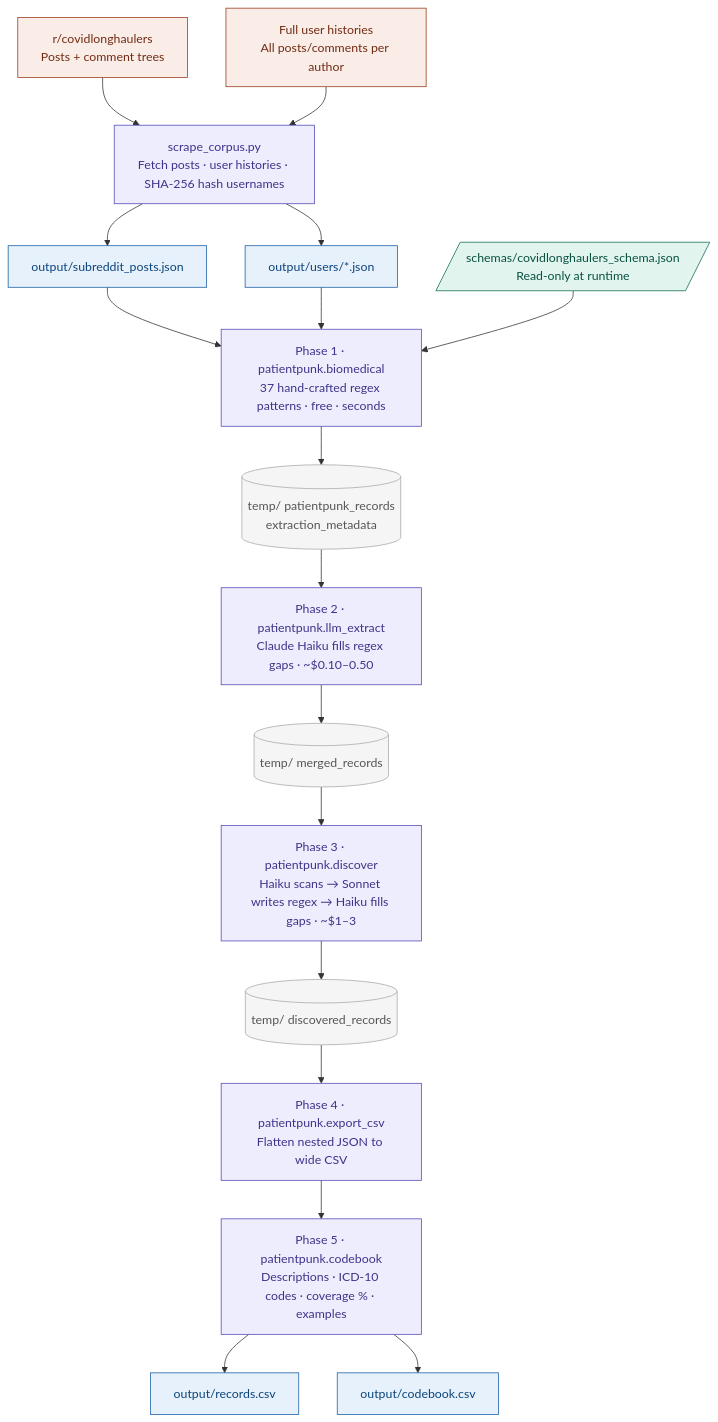
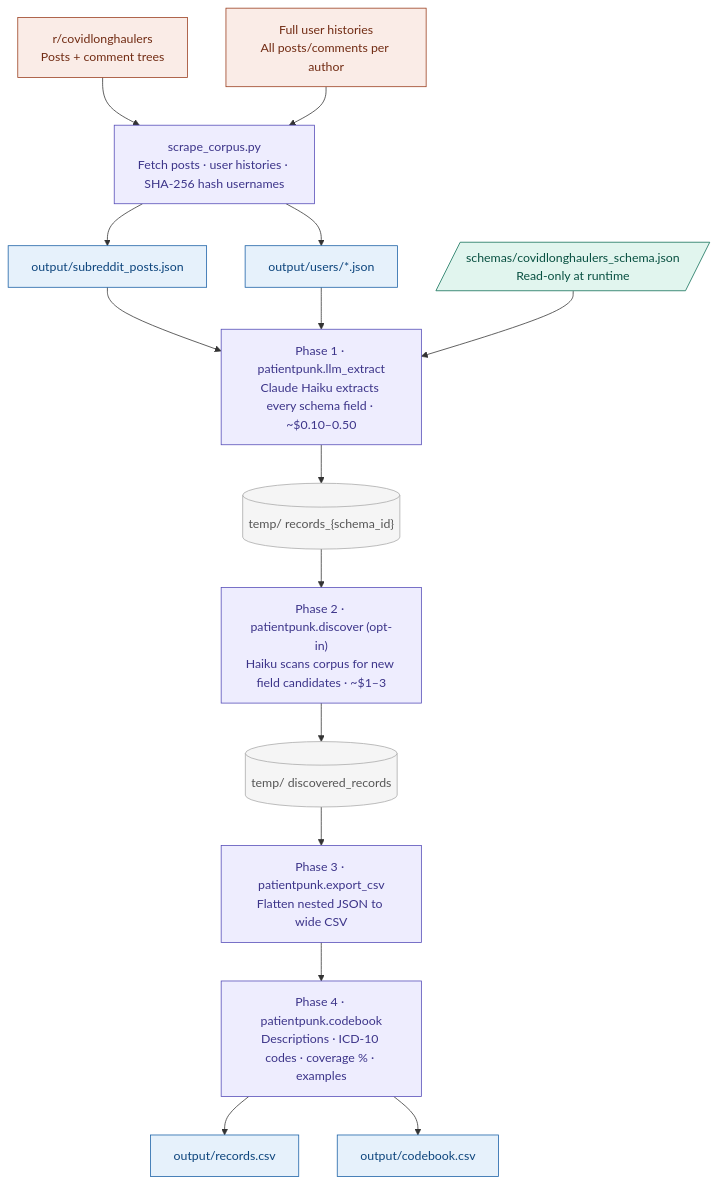
The diagram in variable_extraction/README.md (Ely-S/PatientPunk), drawn with Mermaid before and after one commit. The commit also changed other lines of this file and 21 other files, not shown here.

First line of the commit message:
Remove regex extraction to preserve dosage units

````diff
--- a/variable_extraction/README.md
+++ b/variable_extraction/README.md
@@ -169,34 +163,32 @@
 ```mermaid
 flowchart TD
     reddit["r/covidlonghaulers<br/>Posts + comment trees"]:::src
     uhist["Full user histories<br/>All posts/comments per author"]:::src
     scrape["scrape_corpus.py<br/>Fetch posts · user histories · SHA-256 hash usernames"]:::script
 
     reddit & uhist --> scrape
     scrape --> posts["output/subreddit_posts.json"]:::file
     scrape --> ufiles["output/users/*.json"]:::file
 
     schema[/"schemas/covidlonghaulers_schema.json<br/>Read-only at runtime"/]:::schema
 
     posts & ufiles --> p1
     schema --> p1
 
-    p1["Phase 1 · patientpunk.biomedical<br/>37 hand-crafted regex patterns · free · seconds"]:::phase
-    p1 --> t1[("temp/ patientpunk_records<br/>extraction_metadata")]:::temp
-    t1 --> p2["Phase 2 · patientpunk.llm_extract<br/>Claude Haiku fills regex gaps · ~$0.10–0.50"]:::phase
-    p2 --> t2[("temp/ merged_records")]:::temp
-    t2 --> p3["Phase 3 · patientpunk.discover<br/>Haiku scans → Sonnet writes regex → Haiku fills gaps · ~$1–3"]:::phase
-    p3 --> t3[("temp/ discovered_records")]:::temp
-    t3 --> p4["Phase 4 · patientpunk.export_csv<br/>Flatten nested JSON to wide CSV"]:::phase
-    p4 --> p5["Phase 5 · patientpunk.codebook<br/>Descriptions · ICD-10 codes · coverage % · examples"]:::phase
-    p5 --> out1["output/records.csv"]:::out
-    p5 --> out2["output/codebook.csv"]:::out
+    p1["Phase 1 · patientpunk.llm_extract<br/>Claude Haiku extracts every schema field · ~$0.10–0.50"]:::phase
+    p1 --> t1[("temp/ records_{schema_id}")]:::temp
+    t1 --> p2["Phase 2 · patientpunk.discover (opt-in)<br/>Haiku scans corpus for new field candidates · ~$1–3"]:::phase
+    p2 --> t2[("temp/ discovered_records")]:::temp
+    t2 --> p3["Phase 3 · patientpunk.export_csv<br/>Flatten nested JSON to wide CSV"]:::phase
+    p3 --> p4["Phase 4 · patientpunk.codebook<br/>Descriptions · ICD-10 codes · coverage % · examples"]:::phase
+    p4 --> out1["output/records.csv"]:::out
+    p4 --> out2["output/codebook.csv"]:::out
 
     classDef src    fill:#FAECE7,stroke:#993C1D,color:#712B13
     classDef script fill:#EEEDFE,stroke:#534AB7,color:#3C3489
     classDef file   fill:#E6F1FB,stroke:#185FA5,color:#0C447C
     classDef schema fill:#E1F5EE,stroke:#0F6E56,color:#085041
     classDef phase  fill:#EEEDFE,stroke:#534AB7,color:#3C3489
     classDef temp   fill:#F5F5F5,stroke:#aaa,color:#555
     classDef out    fill:#E6F1FB,stroke:#185FA5,color:#0C447C
 ```
````
